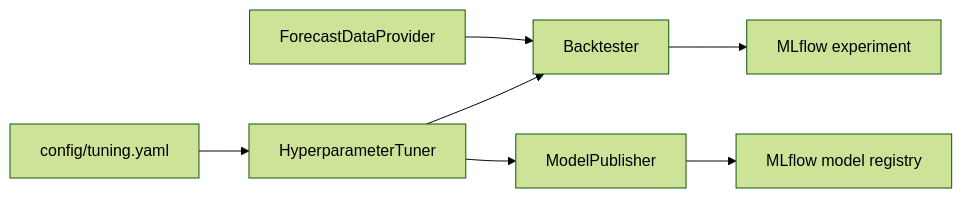
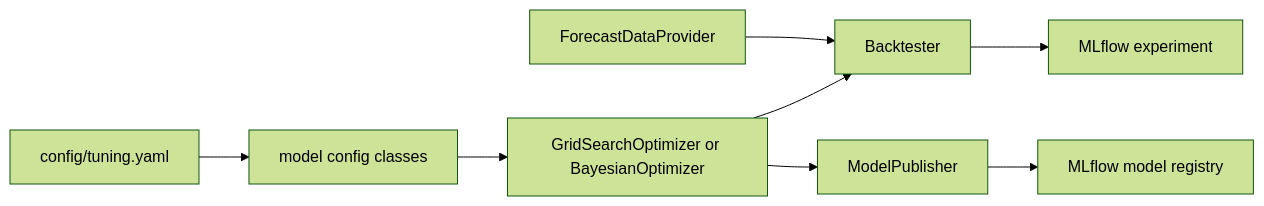
One commit to ajgeiger/natural-gas-forecasting changed the first of 3 diagrams in README.md. Above: the diagram before and after it, drawn with Mermaid (forest theme). The commit also changed other lines of this file and 164 other files, not shown here.

````diff
--- a/README.md
+++ b/README.md
@@ -64,9 +64,10 @@
 ```mermaid
 flowchart LR
-    config[config/tuning.yaml] --> tuner[HyperparameterTuner]
+    yaml[config/tuning.yaml] --> configs[model config classes]
+    configs --> optimizer[GridSearchOptimizer or BayesianOptimizer]
     provider[ForecastDataProvider] --> backtester[Backtester]
-    tuner --> backtester
+    optimizer --> backtester
     backtester --> mlflow[MLflow experiment]
-    tuner --> publisher[ModelPublisher]
+    optimizer --> publisher[ModelPublisher]
     publisher --> registry[MLflow model registry]
 ```
````
